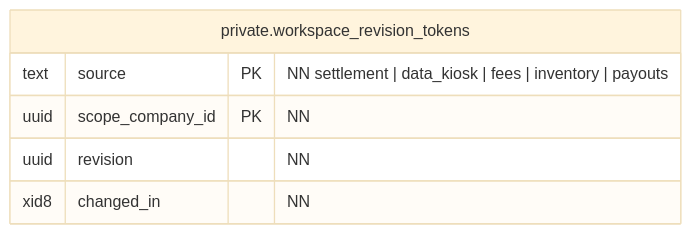
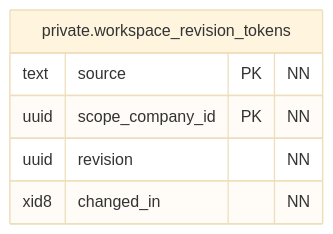
The diagram in docs/figures/database/08-revisions.mmd (qwercxzsda/A-SelBox), drawn with Mermaid (base theme) before and after one commit. The commit also changed 377 other files, not shown here.

```diff
--- a/docs/figures/database/08-revisions.mmd
+++ b/docs/figures/database/08-revisions.mmd
@@ -1,9 +1,9 @@
 erDiagram
     direction LR
 
     private_workspace_revision_tokens["private.workspace_revision_tokens"] {
-        text source PK "NN settlement | data_kiosk | fees | inventory | payouts"
+        text source PK "NN"
         uuid scope_company_id PK "NN"
         uuid revision "NN"
         xid8 changed_in "NN"
     }
```
